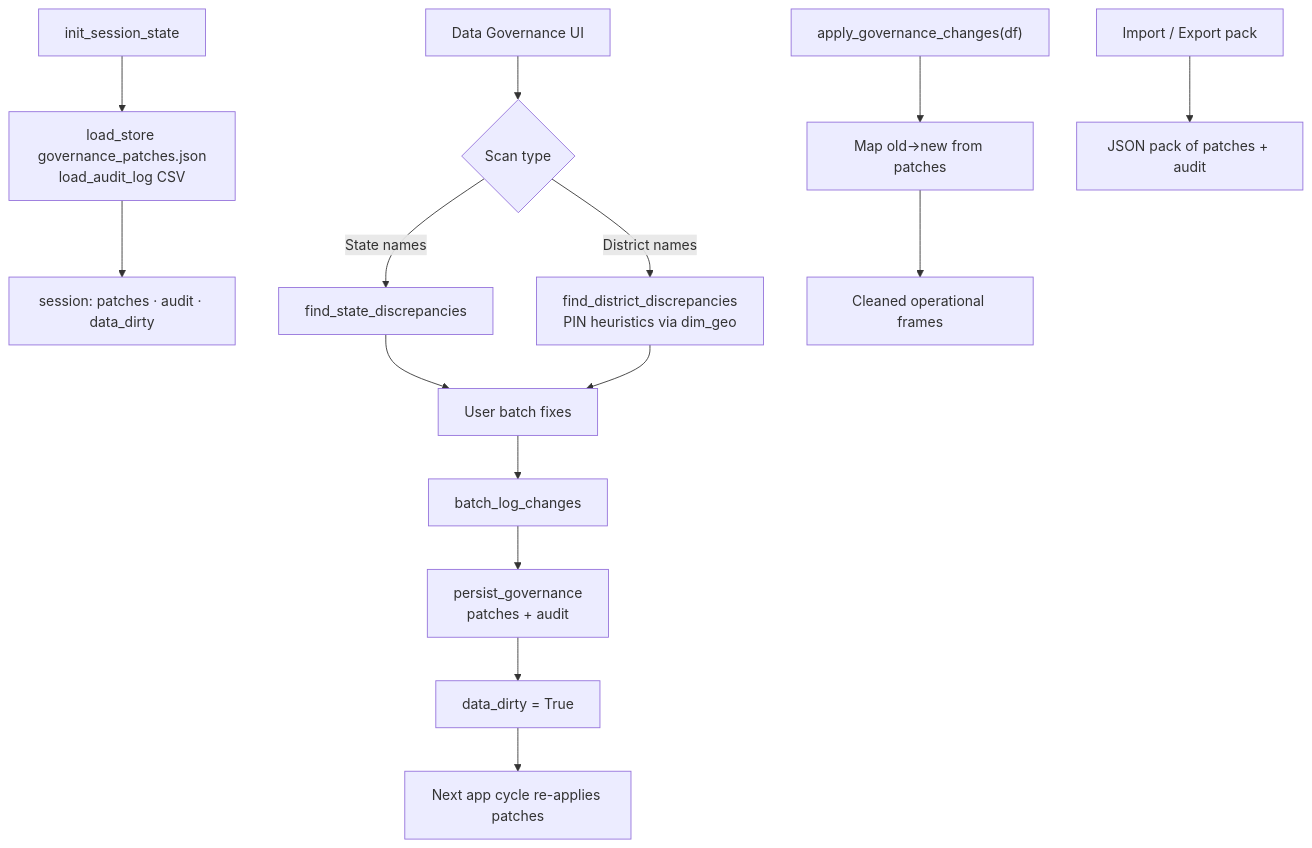
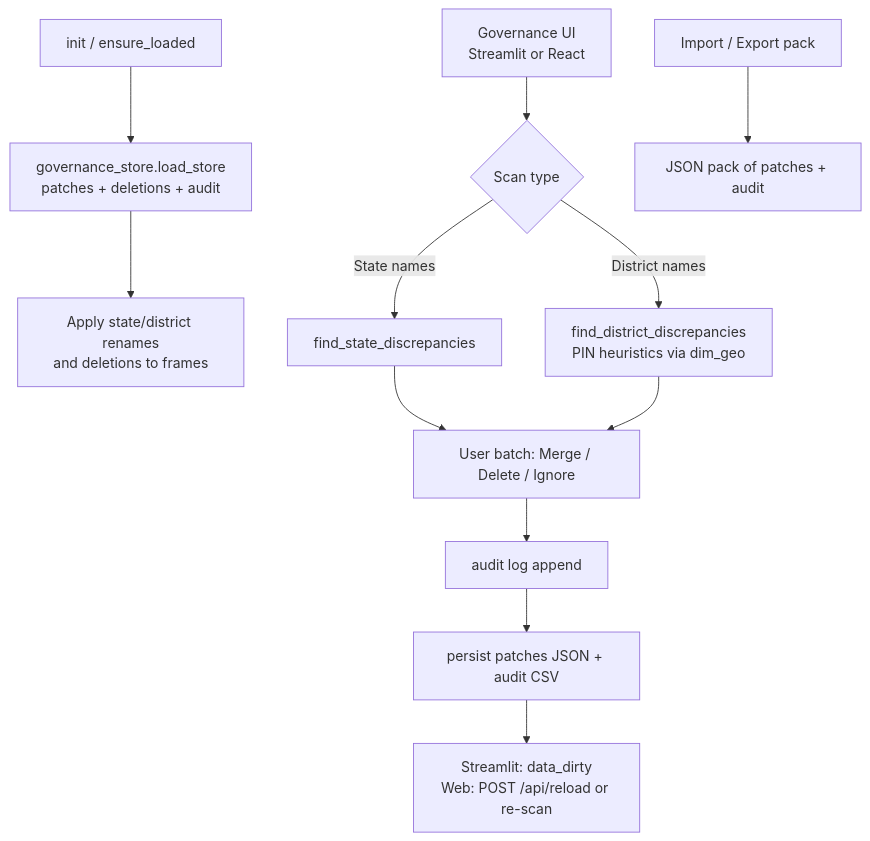
Before and after one commit to NetRunnerXD/Aadhaar-Intel-Engine-UIDAI: the tenth of 24 diagrams in flowchart.md, drawn with Mermaid. The commit also changed other lines of this file and 1 other file, not shown here.

First line of the commit message:
docs: update flowchart and feature parity for dual UI stack

````diff
--- a/flowchart.md
+++ b/flowchart.md
@@ -242,20 +359,16 @@
 ```mermaid
 flowchart TD
-    INIT[init_session_state] --> LOAD["load_store governance_patches.json<br/>load_audit_log CSV"]
-    LOAD --> SS[session: patches · audit · data_dirty]
+    INIT[init / ensure_loaded] --> LOAD["governance_store.load_store<br/>patches + deletions + audit"]
+    LOAD --> APPLY["Apply state/district renames<br/>and deletions to frames"]
 
-    UI[Data Governance UI] --> SCAN{Scan type}
+    UI[Governance UI<br/>Streamlit or React] --> SCAN{Scan type}
     SCAN -->|State names| FS[find_state_discrepancies]
     SCAN -->|District names| FD[find_district_discrepancies<br/>PIN heuristics via dim_geo]
-    FS --> FIX[User batch fixes]
+    FS --> FIX[User batch: Merge / Delete / Ignore]
     FD --> FIX
-    FIX --> LOG[batch_log_changes]
-    LOG --> SAVE[persist_governance<br/>patches + audit]
-    SAVE --> DIRTY[data_dirty = True]
-    DIRTY --> RELOAD[Next app cycle re-applies patches]
-
-    APPLY["apply_governance_changes(df)"] --> MAP[Map old→new from patches]
-    MAP --> OUT[Cleaned operational frames]
+    FIX --> LOG[audit log append]
+    LOG --> SAVE[persist patches JSON + audit CSV]
+    SAVE --> RELOAD["Streamlit: data_dirty<br/>Web: POST /api/reload or re-scan"]
 
     IO[Import / Export pack] --> PACK[JSON pack of patches + audit]
 ```
````
